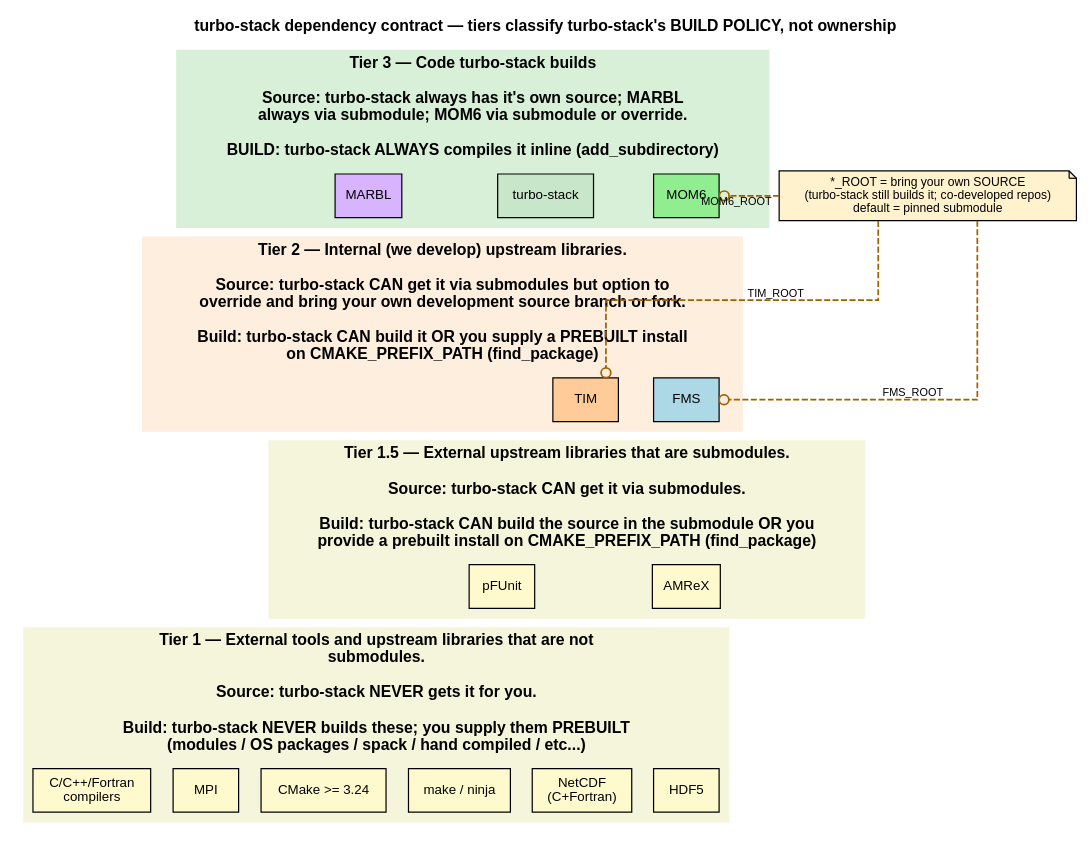
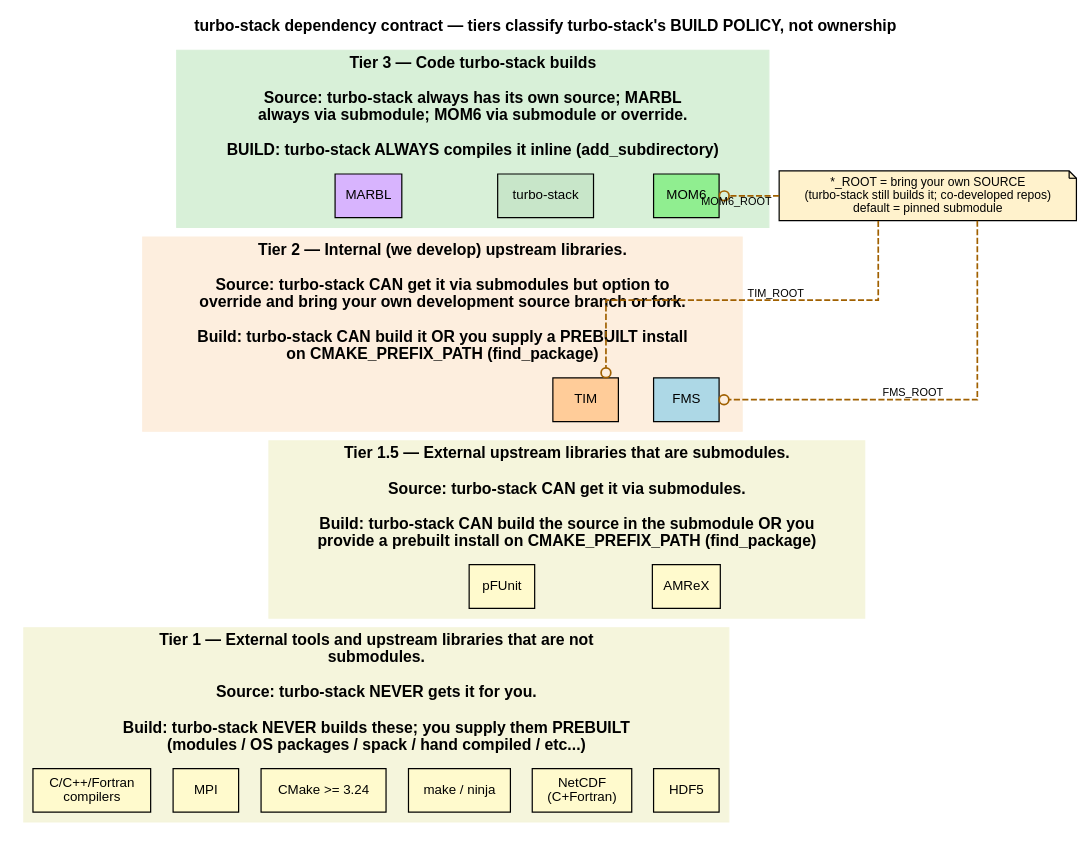
Before and after one commit to TURBO-ESM/turbo-stack: the diagram in docs/dependency_tiers.dot, drawn with Graphviz. The commit also changed 3 other files, not shown here.

```diff
--- a/docs/dependency_tiers.dot
+++ b/docs/dependency_tiers.dot
@@ -1,83 +1,83 @@
 digraph turbo_stack_tiers { rankdir=TB; compound=true;
     newrank=true;
     node [shape=box, fontname="Helvetica", fontsize=11];
     edge [fontsize=9, fontname="Helvetica"];
     splines=ortho;
 
     label="turbo-stack dependency contract — tiers classify turbo-stack's BUILD POLICY, not ownership";
     labelloc=t; fontname="Helvetica-Bold"; fontsize=13;
 
     // ── Tier 3 — code turbo-stack builds (always inline) ──────────────────────
     subgraph cluster_tier3 {
-        label="Tier 3 — Code turbo-stack builds\n\nSource: turbo-stack always has it's own source; MARBL\nalways via submodule; MOM6 via submodule or override.\n\nBUILD: turbo-stack ALWAYS compiles it inline (add_subdirectory)";
+        label="Tier 3 — Code turbo-stack builds\n\nSource: turbo-stack always has its own source; MARBL\nalways via submodule; MOM6 via submodule or override.\n\nBUILD: turbo-stack ALWAYS compiles it inline (add_subdirectory)";
         style=filled; color="#d8f0d8"; fontname="Helvetica-Bold";
 
         // MOM6 declared first -> rendered rightmost, giving its MOM6_ROOT
         // hot-swap line a clean east-side entry in the right margin.
         t3_mom6  [label="MOM6",        fillcolor="#90ee90", style=filled];
         t3_turbo [label="turbo-stack", fillcolor="#c8e6c9", style=filled];
         t3_marbl [label="MARBL",       fillcolor="#d8b4fe", style=filled];
         {rank=same; t3_mom6; t3_turbo; t3_marbl;}
     }
 
     // ── Tier 2 — internal (we develop) submodule libraries ────────────────────
     subgraph cluster_tier2 {
         label="Tier 2 — Internal (we develop) upstream libraries.\n\nSource: turbo-stack CAN get it via submodules but option to\noverride and bring your own development source branch or fork.\n\nBuild: turbo-stack CAN build it OR you supply a PREBUILT install\non CMAKE_PREFIX_PATH (find_package)";
         style=filled; color="#fdeede"; fontname="Helvetica-Bold";
 
         t2_fms    [label="FMS",    fillcolor="#add8e6", style=filled];
         t2_tim    [label="TIM",    fillcolor="#ffcc99", style=filled];
         // Two invisible spacers keep FMS/TIM in the right half of the band (as
         // when Tier 2 had four members), so the TIM_ROOT hot-swap label lands in
         // the clear right margin instead of over the cluster title.
         t2_padB [style=invis, width=1.0];
         t2_padA [style=invis, width=1.0];
         {rank=same; t2_fms; t2_tim; t2_padB; t2_padA;}
     }
 
     // ── Tier 1.5 — externals that are submodules ──────────────────────────────
     subgraph cluster_tier1_5 {
         label="Tier 1.5 — External upstream libraries that are submodules.\n\nSource: turbo-stack CAN get it via submodules.\n\nBuild: turbo-stack CAN build the source in the submodule OR you\nprovide a prebuilt install on CMAKE_PREFIX_PATH (find_package)";
         style=filled; color="#f5f5dc"; fontname="Helvetica-Bold";
 
         // Declared first -> rendered rightmost, so visual L->R is pFUnit, AMReX.
         t15_amrex  [label="AMReX",  fillcolor="#fffacd", style=filled];
         t15_pfunit [label="pFUnit", fillcolor="#fffacd", style=filled];
         {rank=same; t15_amrex; t15_pfunit;}
     }
 
     // ── Tier 1 — external tools/libraries that are not submodules ─────────────
     subgraph cluster_tier1 {
         label="Tier 1 — External tools and upstream libraries that are not\nsubmodules.\n\nSource: turbo-stack NEVER gets it for you.\n\nBuild: turbo-stack NEVER builds these; you supply them PREBUILT\n(modules / OS packages / spack / hand compiled / etc...)";
         style=filled; color="#f5f5dc"; fontname="Helvetica-Bold";
 
         // Declared in reverse: this layout renders a rank right-to-left, so the
         // visual L->R order is compilers, MPI, CMake, make/ninja, NetCDF, HDF5.
         t1_hdf5   [label="HDF5",                fillcolor="#fffacd", style=filled];
         t1_netcdf [label="NetCDF\n(C+Fortran)", fillcolor="#fffacd", style=filled];
         t1_make   [label="make / ninja",        fillcolor="#fffacd", style=filled];
         t1_cmake  [label="CMake >= 3.24",       fillcolor="#fffacd", style=filled];
         t1_mpi    [label="MPI",                 fillcolor="#fffacd", style=filled];
         t1_cc     [label="C/C++/Fortran\ncompilers", fillcolor="#fffacd", style=filled];
         {rank=same; t1_hdf5; t1_netcdf; t1_make; t1_cmake; t1_mpi; t1_cc;}
     }
 
     // Stack the tiers as vertical bands (consumers on top -> prerequisites at the
     // bottom).  One invisible edge per boundary sets the order;
     // rank=same above keeps each tier a single horizontal band.  The spine is
     // anchored on each band's RIGHTMOST node so it stays a straight vertical line.
     t3_mom6   -> t2_fms    [style=invis, weight=10];
     t2_fms    -> t15_amrex [style=invis, weight=10];
     t15_amrex -> t1_hdf5   [style=invis, weight=10];
 
     // Hot-swap cross-cut: the co-developed TURBO-ESM repos (NOT a tier).
     // constraint=false so these annotations do not perturb the banded layout.
     hotswap [shape=note, fillcolor="#fff2cc", style=filled, fontsize=10,
              label="*_ROOT = bring your own SOURCE\n(turbo-stack still builds it; co-developed repos)\ndefault = pinned submodule"];
     // Each hot-swap target is the RIGHTMOST node in its tier, so these dashed
     // lines enter from the east side and stay in the clear right margin instead
     // of crossing the bold cluster-label text at the top of each band.
     hotswap -> t3_mom6 [style=dashed, penwidth=1.4, color="#a06000", arrowhead=odot, constraint=false, xlabel="MOM6_ROOT"];
     hotswap -> t2_fms  [style=dashed, penwidth=1.4, color="#a06000", arrowhead=odot, constraint=false, xlabel="FMS_ROOT"];
     hotswap -> t2_tim  [style=dashed, penwidth=1.4, color="#a06000", arrowhead=odot, constraint=false, xlabel="TIM_ROOT"];
 }
```
